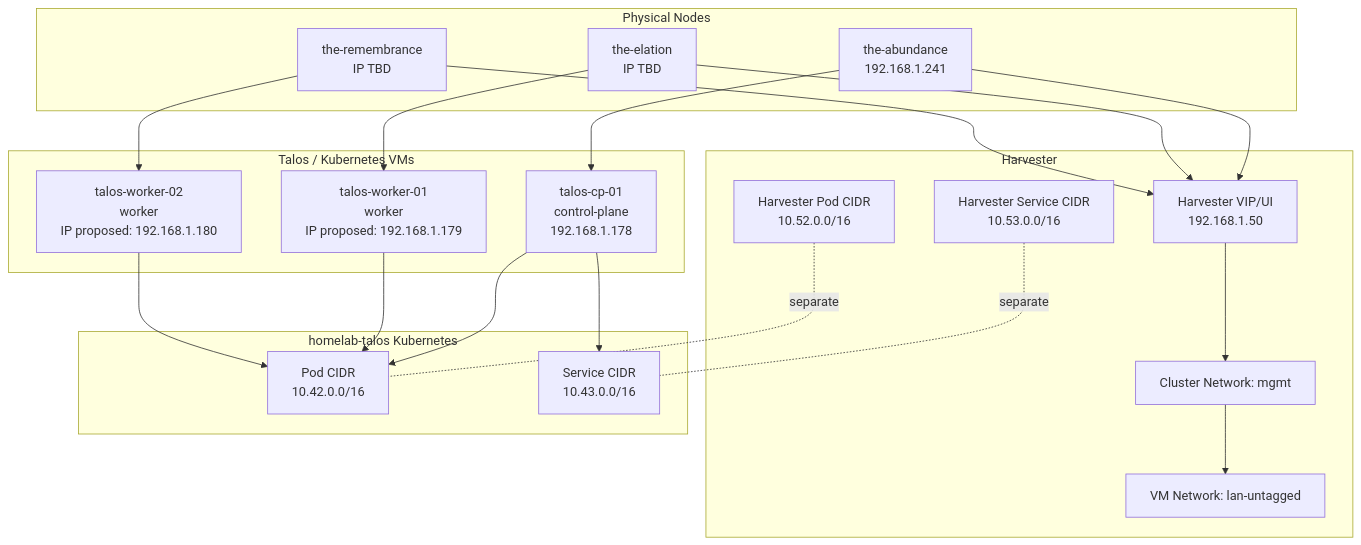
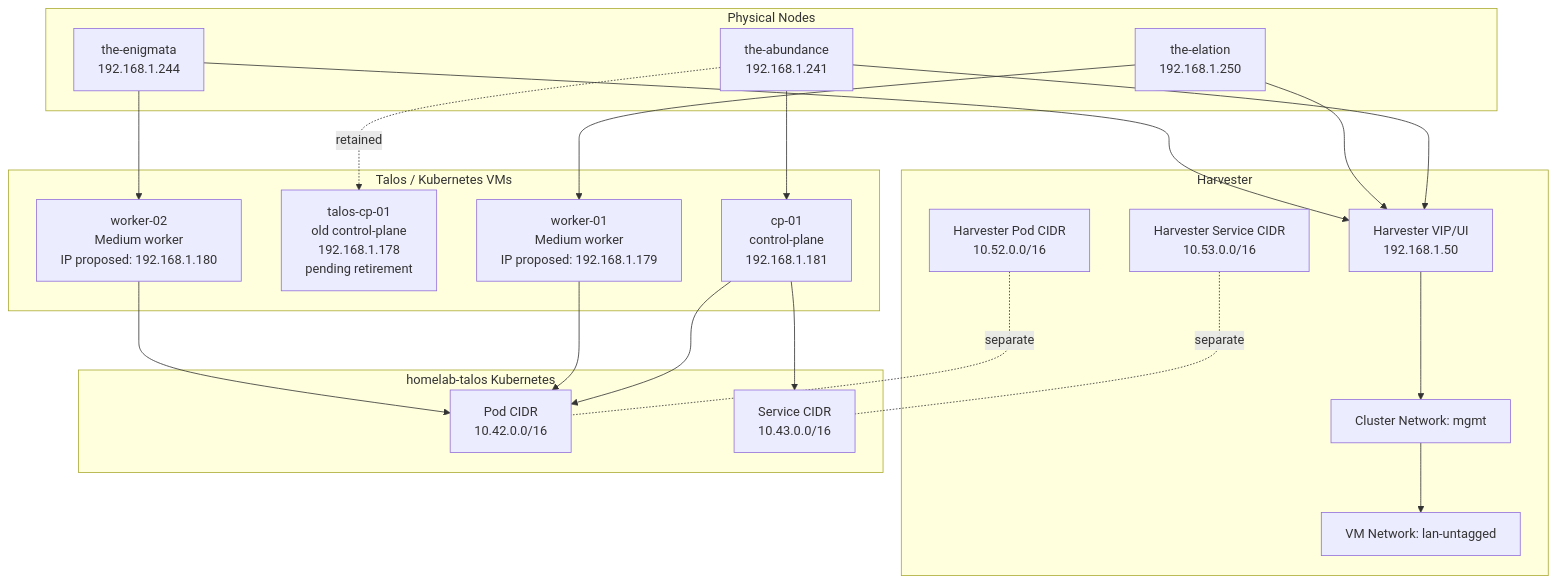
One commit to yanglianglu/homelab-platform changed the second of 2 diagrams in docs/network-map.md. Above: the diagram before and after it, drawn with Mermaid. The commit also changed other lines of this file and 88 other files, not shown here.

````diff
--- a/docs/network-map.md
+++ b/docs/network-map.md
@@ -31,42 +31,44 @@
 ```mermaid
 flowchart TB
   subgraph physical["Physical Nodes"]
     abundance["the-abundance<br/>192.168.1.241"]
-    elation["the-elation<br/>IP TBD"]
-    remembrance["the-remembrance<br/>IP TBD"]
+    elation["the-elation<br/>192.168.1.250"]
+    enigmata["the-enigmata<br/>192.168.1.244"]
   end
 
   subgraph harvester["Harvester"]
     vip["Harvester VIP/UI<br/>192.168.1.50"]
     mgmt["Cluster Network: mgmt"]
     vmnet["VM Network: lan-untagged"]
     hpods["Harvester Pod CIDR<br/>10.52.0.0/16"]
     hsvcs["Harvester Service CIDR<br/>10.53.0.0/16"]
   end
 
   subgraph talos["Talos / Kubernetes VMs"]
-    cp["talos-cp-01<br/>control-plane<br/>192.168.1.178"]
-    w1["talos-worker-01<br/>worker<br/>IP proposed: 192.168.1.179"]
-    w2["talos-worker-02<br/>worker<br/>IP proposed: 192.168.1.180"]
+    cp["cp-01<br/>control-plane<br/>192.168.1.181"]
+    oldcp["talos-cp-01<br/>old control-plane<br/>192.168.1.178<br/>pending retirement"]
+    w1["worker-01<br/>Medium worker<br/>IP proposed: 192.168.1.179"]
+    w2["worker-02<br/>Medium worker<br/>IP proposed: 192.168.1.180"]
   end
 
   subgraph k8s["homelab-talos Kubernetes"]
     pods["Pod CIDR<br/>10.42.0.0/16"]
     svcs["Service CIDR<br/>10.43.0.0/16"]
   end
 
   abundance --> vip
   elation --> vip
-  remembrance --> vip
+  enigmata --> vip
   vip --> mgmt
   mgmt --> vmnet
   abundance --> cp
+  abundance -. retained .-> oldcp
   elation --> w1
-  remembrance --> w2
+  enigmata --> w2
   cp --> pods
   cp --> svcs
   w1 --> pods
   w2 --> pods
   hpods -. separate .- pods
   hsvcs -. separate .- svcs
 ```
````
